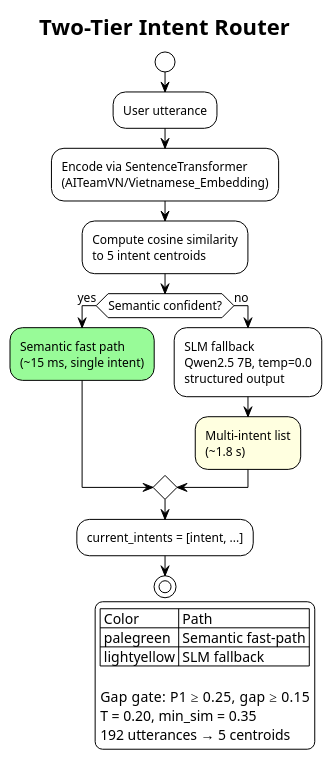
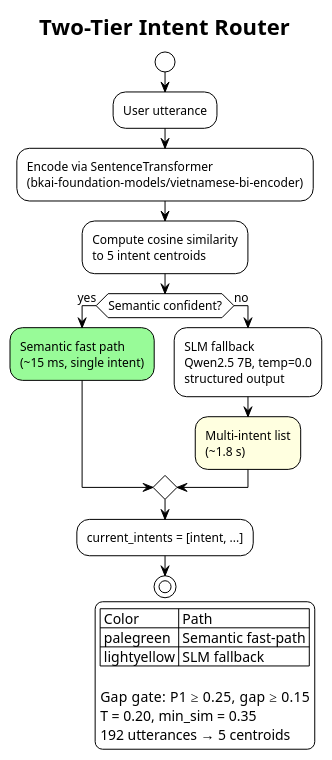
One commit to ThinhQuocLe007/AIWaiter changed the third of 8 diagrams in docs/thesis/diagram.md. Above: the diagram before and after it, drawn with PlantUML. The commit also changed other lines of this file and 81 other files, not shown here.

````diff
--- a/docs/thesis/diagram.md
+++ b/docs/thesis/diagram.md
@@ -487,37 +487,37 @@
 ```plantuml
 @startuml
 !theme plain
 skinparam backgroundColor #FFFFFF
 skinparam defaultFontSize 12
 
 title Two-Tier Intent Router
 
 start
 :User utterance;
 
-:Encode via SentenceTransformer\n(AITeamVN/Vietnamese_Embedding);
+:Encode via SentenceTransformer\n(bkai-foundation-models/vietnamese-bi-encoder);
 :Compute cosine similarity\nto 5 intent centroids;
 
 if (Semantic confident?) then (yes)
   #palegreen:Semantic fast path\n(~15 ms, single intent);
 else (no)
   :SLM fallback\nQwen2.5 7B, temp=0.0\nstructured output;
   #lightyellow:Multi-intent list\n(~1.8 s);
 endif
 
 :current_intents = [intent, ...];
 
 stop
 
 legend right
   | Color | Path |
   | palegreen | Semantic fast-path |
   | lightyellow | SLM fallback |
 
   Gap gate: P1 ≥ 0.25, gap ≥ 0.15
   T = 0.20, min_sim = 0.35
   192 utterances → 5 centroids
 endlegend
 
 @enduml
 ```
````
